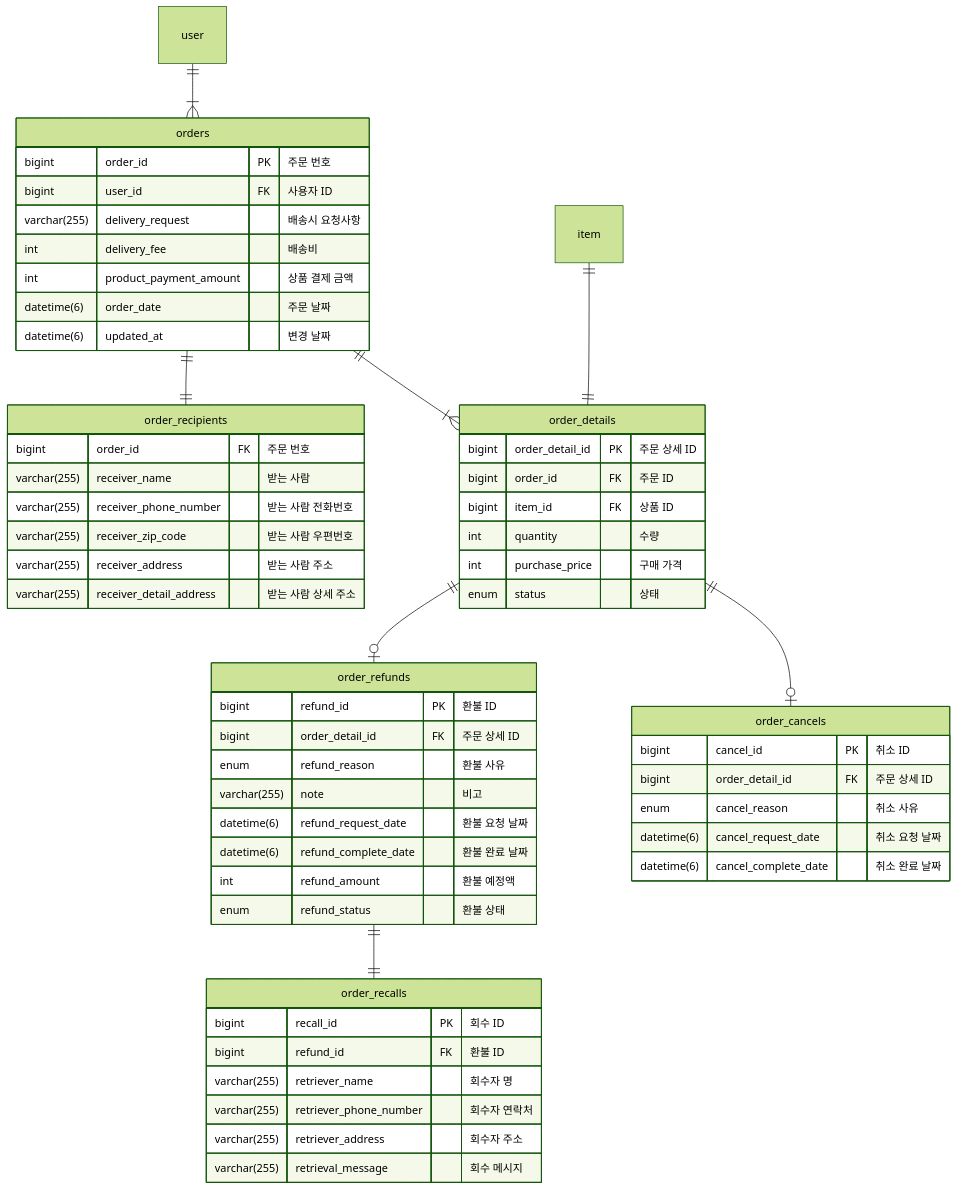
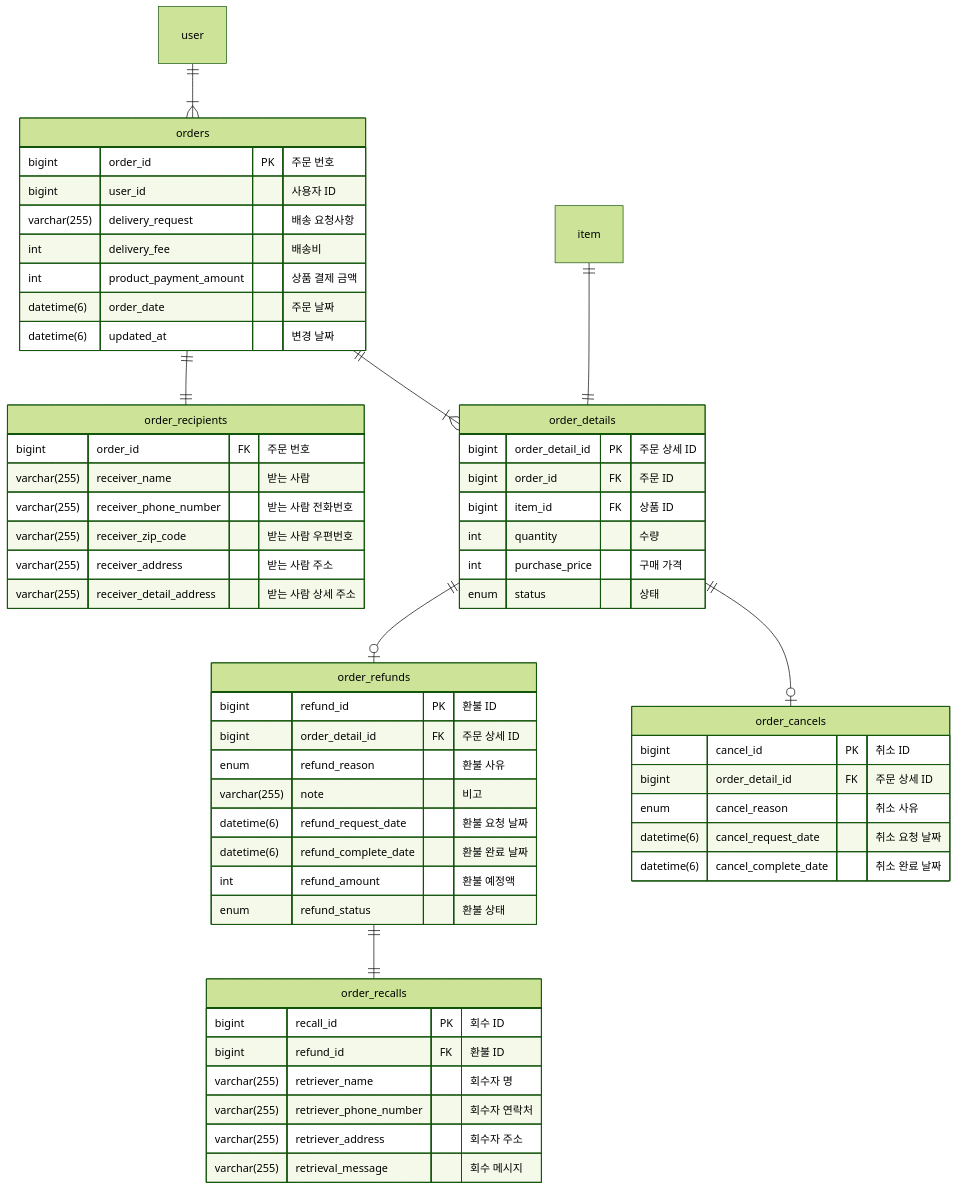
Before and after one commit to kea-dpang/order-server: the diagram in README.md, drawn with Mermaid (forest theme). The commit also changed 10 other files, not shown here.

````diff
--- a/README.md
+++ b/README.md
@@ -3,67 +3,67 @@
 ```mermaid
 erDiagram
     orders {
         bigint order_id PK "주문 번호"
-        bigint user_id FK "사용자 ID"
-        varchar(255) delivery_request "배송시 요청사항"
+        bigint user_id "사용자 ID"
+        varchar(255) delivery_request "배송 요청사항"
         int delivery_fee "배송비"
         int product_payment_amount "상품 결제 금액"
         datetime(6) order_date "주문 날짜"
         datetime(6) updated_at "변경 날짜"
     }
 
     order_recipients {
         bigint order_id FK "주문 번호"
         varchar(255) receiver_name "받는 사람"
         varchar(255) receiver_phone_number "받는 사람 전화번호"
         varchar(255) receiver_zip_code "받는 사람 우편번호"
         varchar(255) receiver_address "받는 사람 주소"
         varchar(255) receiver_detail_address "받는 사람 상세 주소"
     }
 
     order_details {
         bigint order_detail_id PK "주문 상세 ID"
         bigint order_id FK "주문 ID"
         bigint item_id FK "상품 ID"
         int quantity "수량"
         int purchase_price "구매 가격"
         enum status "상태"
     }
 
     order_refunds {
         bigint refund_id PK "환불 ID"
         bigint order_detail_id FK "주문 상세 ID"
         enum refund_reason "환불 사유"
         varchar(255) note "비고"
         datetime(6) refund_request_date "환불 요청 날짜"
         datetime(6) refund_complete_date "환불 완료 날짜"
         int refund_amount "환불 예정액"
         enum refund_status "환불 상태"
     }
 
     order_recalls {
         bigint recall_id PK "회수 ID"
         bigint refund_id FK "환불 ID"
         varchar(255) retriever_name "회수자 명"
         varchar(255) retriever_phone_number "회수자 연락처"
         varchar(255) retriever_address "회수자 주소"
         varchar(255) retrieval_message "회수 메시지"
     }
 
     order_cancels {
         bigint cancel_id PK "취소 ID"
         bigint order_detail_id FK "주문 상세 ID"
         enum cancel_reason "취소 사유"
         datetime(6) cancel_request_date "취소 요청 날짜"
         datetime(6) cancel_complete_date "취소 완료 날짜"
     }
 
     orders ||--|{ order_details: ""
     order_details ||--o| order_refunds: ""
     orders ||--|| order_recipients: ""
     order_details ||--o| order_cancels: ""
     order_refunds ||--|| order_recalls: ""
     user ||--|{ orders: ""
     item ||--|| order_details: ""
 
 ```
````
